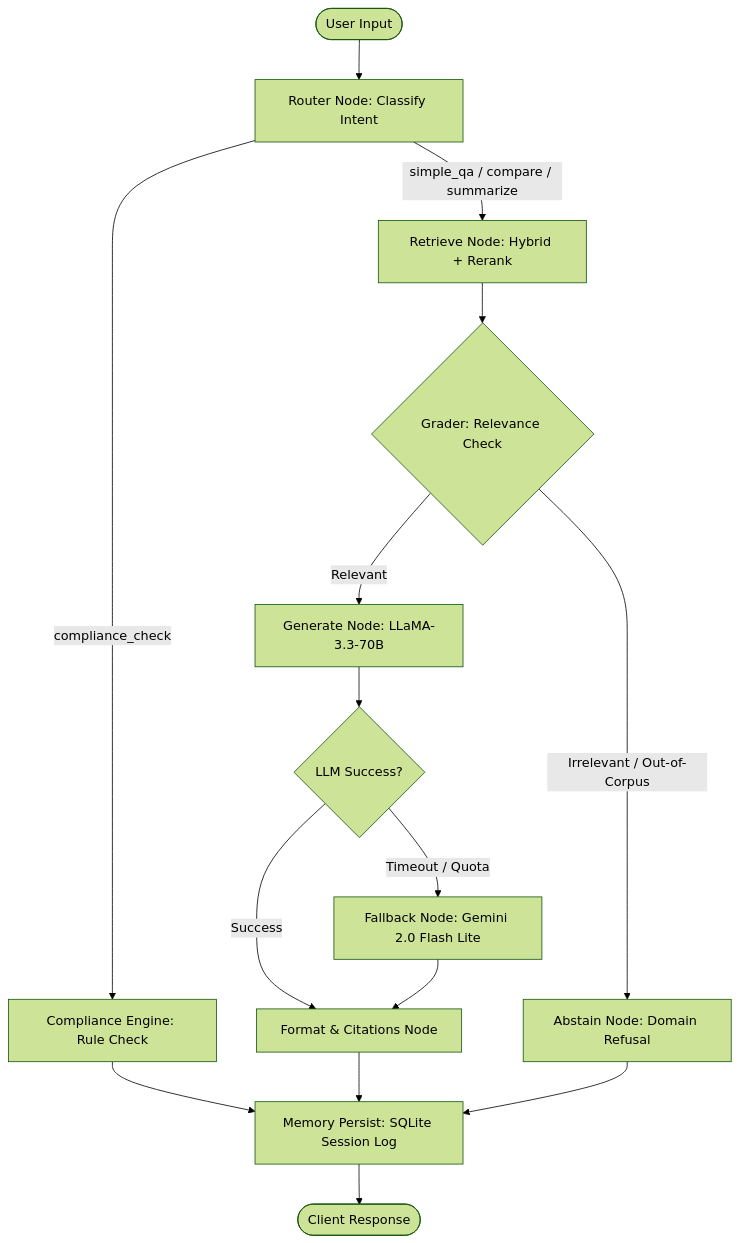
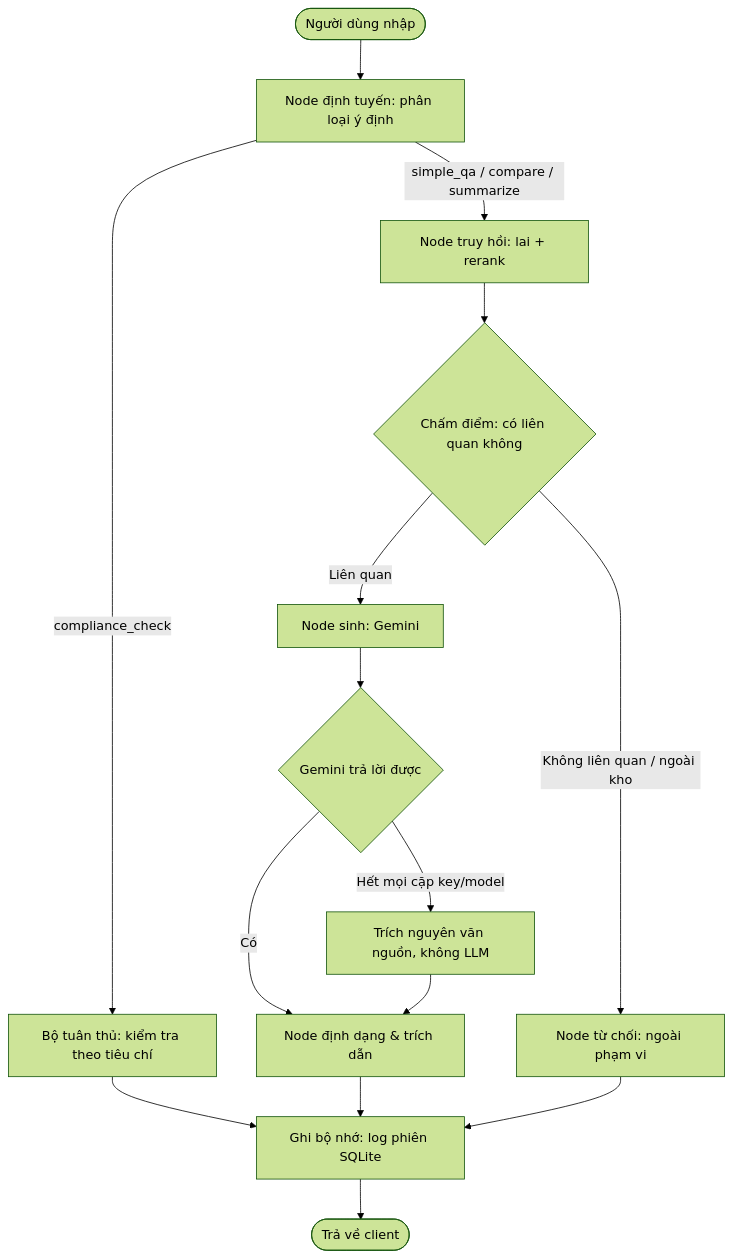
Before and after one commit to luongducthangDS/DocuMindAI: the diagram in README.md, drawn with Mermaid (forest theme). The commit also changed other lines of this file and 31 other files, not shown here.

Commit message:
feat(llm): chuyen sang Gemini-only va tach dev/eval deps khoi requirements production

````diff
--- a/README.md
+++ b/README.md
@@ -107,21 +107,21 @@
 ```mermaid
 graph TD
-    Start([User Input]) --> RouterNode[Router Node: Classify Intent]
-    
-    RouterNode -->|compliance_check| ComplianceNode[Compliance Engine: Rule Check]
-    RouterNode -->|simple_qa / compare / summarize| RetrieveNode[Retrieve Node: Hybrid + Rerank]
-    
-    RetrieveNode --> GraderNode{Grader: Relevance Check}
-    GraderNode -->|Relevant| GenerateNode[Generate Node: LLaMA-3.3-70B]
-    GraderNode -->|Irrelevant / Out-of-Corpus| RefusalNode[Abstain Node: Domain Refusal]
-    
-    GenerateNode --> FailoverCheck{LLM Success?}
-    FailoverCheck -->|Success| FormatNode[Format & Citations Node]
-    FailoverCheck -->|Timeout / Quota| FallbackNode[Fallback Node: Gemini 2.0 Flash Lite]
+    Start([Người dùng nhập]) --> RouterNode[Node định tuyến: phân loại ý định]
+
+    RouterNode -->|compliance_check| ComplianceNode[Bộ tuân thủ: kiểm tra theo tiêu chí]
+    RouterNode -->|simple_qa / compare / summarize| RetrieveNode[Node truy hồi: lai + rerank]
+
+    RetrieveNode --> GraderNode{Chấm điểm: có liên quan không}
+    GraderNode -->|Liên quan| GenerateNode[Node sinh: Gemini]
+    GraderNode -->|Không liên quan / ngoài kho| RefusalNode[Node từ chối: ngoài phạm vi]
+
+    GenerateNode --> FailoverCheck{Gemini trả lời được}
+    FailoverCheck -->|Có| FormatNode[Node định dạng & trích dẫn]
+    FailoverCheck -->|Hết mọi cặp key/model| FallbackNode[Trích nguyên văn nguồn, không LLM]
     FallbackNode --> FormatNode
-    
-    ComplianceNode --> PersistNode[Memory Persist: SQLite Session Log]
+
+    ComplianceNode --> PersistNode[Ghi bộ nhớ: log phiên SQLite]
     FormatNode --> PersistNode
     RefusalNode --> PersistNode
-    PersistNode --> End([Client Response])
+    PersistNode --> End([Trả về client])
 ```
````
